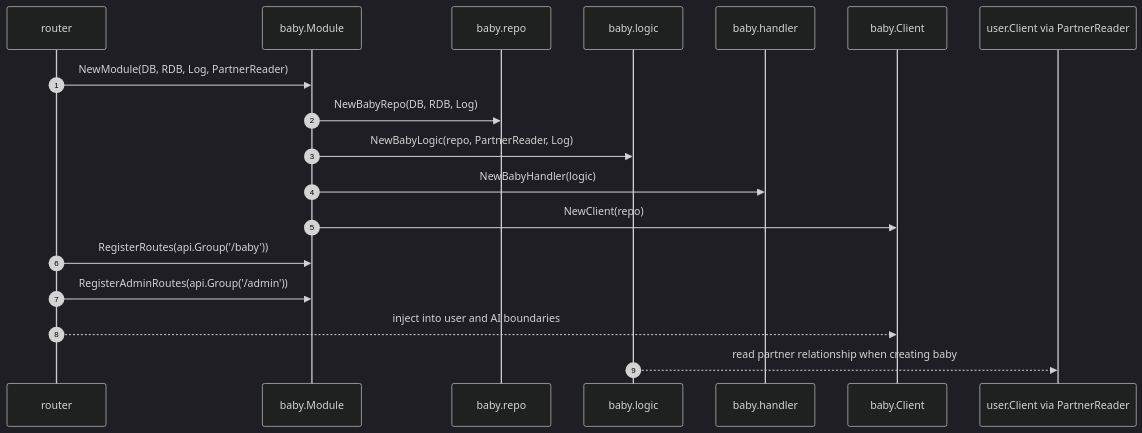
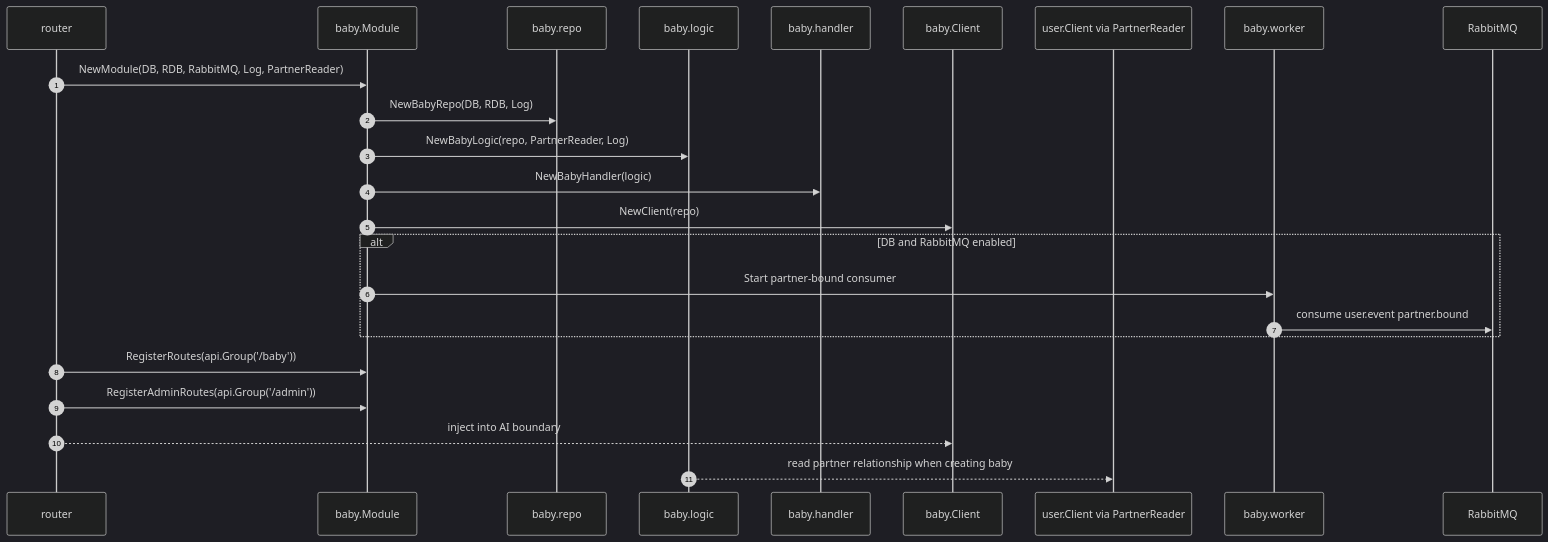
One commit to Goblin-Master/nurture changed the first of 7 diagrams in internal/baby/doc/README.md. Above: the diagram before and after it, drawn with Mermaid (dark theme). The commit also changed other lines of this file and 15 other files, not shown here.

Commit message:
refactor: consume partner events in baby module

````diff
--- a/internal/baby/doc/README.md
+++ b/internal/baby/doc/README.md
@@ -7,21 +7,27 @@
 ```mermaid
 sequenceDiagram
   autonumber
   participant Router as router
   participant Module as baby.Module
   participant Repo as baby.repo
   participant Logic as baby.logic
   participant Handler as baby.handler
   participant BabyClient as baby.Client
   participant User as user.Client via PartnerReader
+  participant Worker as baby.worker
+  participant MQ as RabbitMQ
 
-  Router->>Module: NewModule(DB, RDB, Log, PartnerReader)
+  Router->>Module: NewModule(DB, RDB, RabbitMQ, Log, PartnerReader)
   Module->>Repo: NewBabyRepo(DB, RDB, Log)
   Module->>Logic: NewBabyLogic(repo, PartnerReader, Log)
   Module->>Handler: NewBabyHandler(logic)
   Module->>BabyClient: NewClient(repo)
+  alt DB and RabbitMQ enabled
+    Module->>Worker: Start partner-bound consumer
+    Worker->>MQ: consume user.event partner.bound
+  end
   Router->>Module: RegisterRoutes(api.Group('/baby'))
   Router->>Module: RegisterAdminRoutes(api.Group('/admin'))
-  Router-->>BabyClient: inject into user and AI boundaries
+  Router-->>BabyClient: inject into AI boundary
   Logic-->>User: read partner relationship when creating baby
 ```
````
